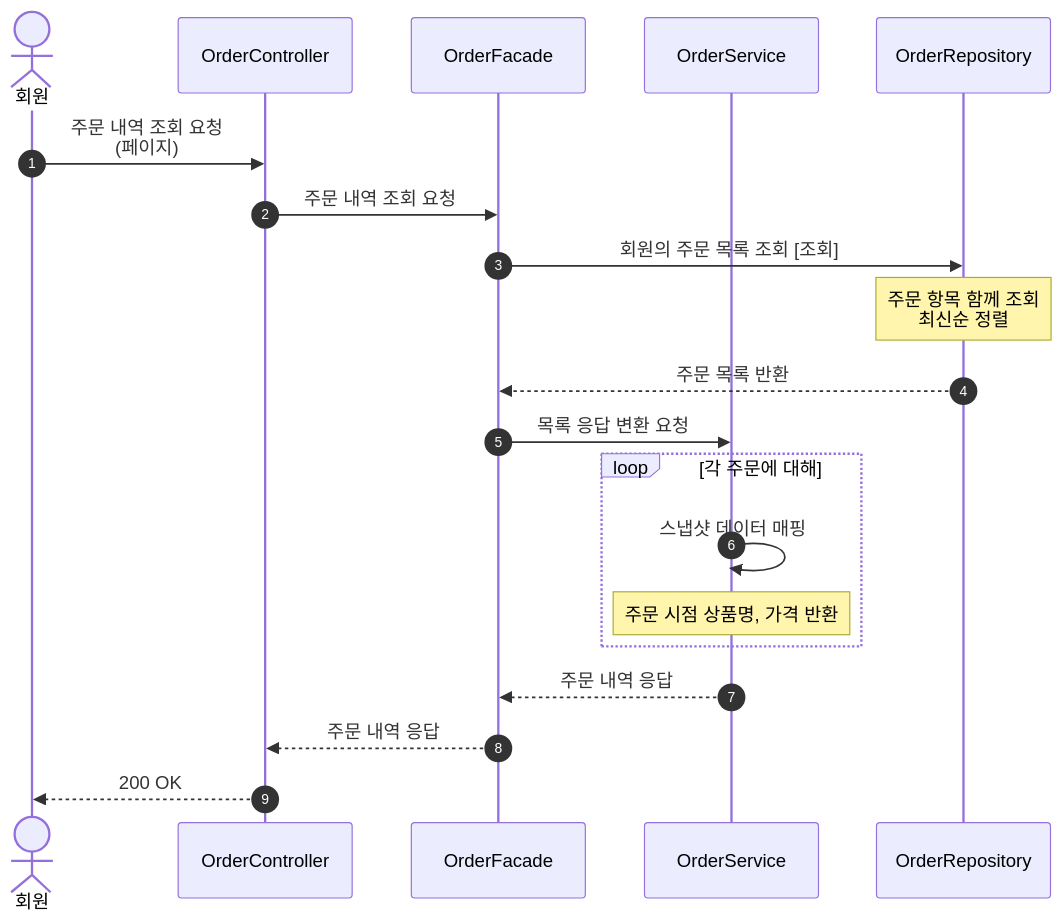
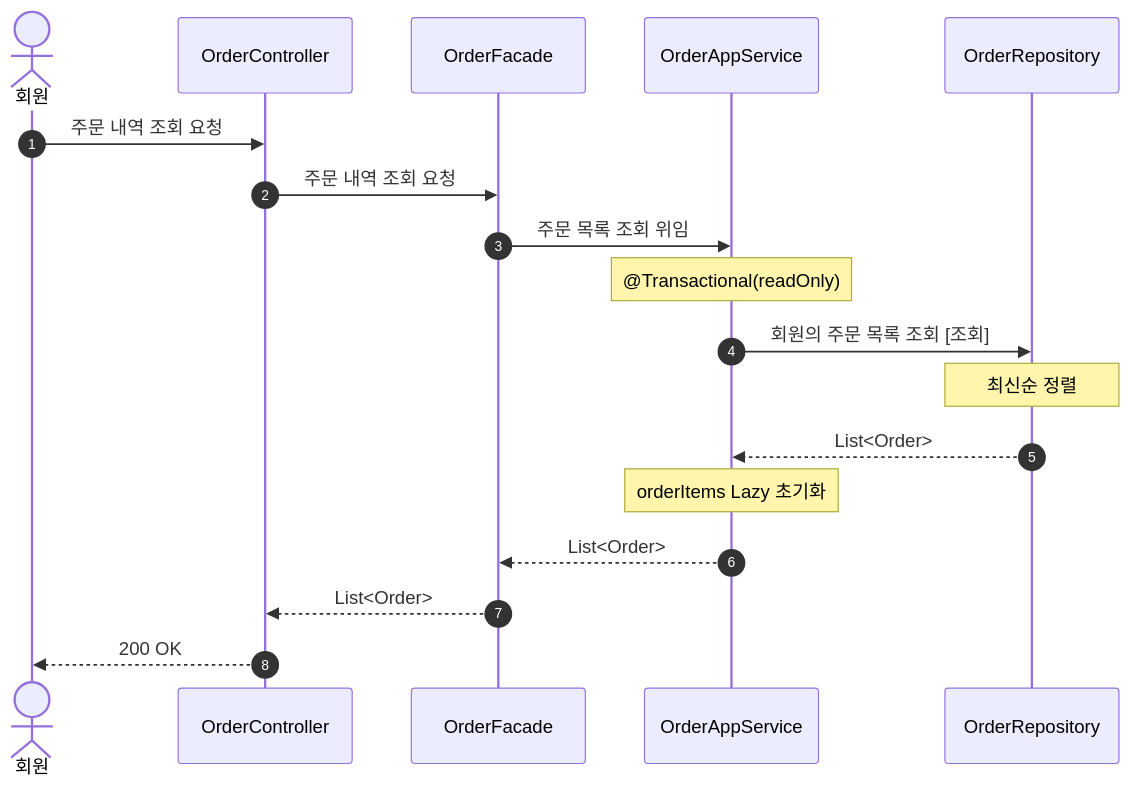
The seventh of 14 diagrams in docs/design/02-sequence-diagrams.md (Loopers-dev-lab/loop-pack-be-l2-vol3-java), drawn with Mermaid before and after one commit. The commit also changed other lines of this file and 2 other files, not shown here.

````diff
--- a/docs/design/02-sequence-diagrams.md
+++ b/docs/design/02-sequence-diagrams.md
@@ -416,28 +411,25 @@
 ```mermaid
 sequenceDiagram
     autonumber
     actor 회원
     participant Controller as OrderController
     participant Facade as OrderFacade
-    participant Service as OrderService
+    participant AppService as OrderAppService
     participant Repository as OrderRepository
 
-    회원->>Controller: 주문 내역 조회 요청<br/>(페이지)
+    회원->>Controller: 주문 내역 조회 요청
     Controller->>Facade: 주문 내역 조회 요청
+    Facade->>AppService: 주문 목록 조회 위임
 
-    %% 1. 주문 목록 조회
-    Facade->>Repository: 회원의 주문 목록 조회 [조회]
-    Note over Repository: 주문 항목 함께 조회<br/>최신순 정렬
-    Repository-->>Facade: 주문 목록 반환
+    Note over AppService: @Transactional(readOnly)
 
-    %% 2. 응답 변환
-    Facade->>Service: 목록 응답 변환 요청
-    loop 각 주문에 대해
-        Service->>Service: 스냅샷 데이터 매핑
-        Note over Service: 주문 시점 상품명, 가격 반환
-    end
-    Service-->>Facade: 주문 내역 응답
+    AppService->>Repository: 회원의 주문 목록 조회 [조회]
+    Note over Repository: 최신순 정렬
+    Repository-->>AppService: List<Order>
 
-    Facade-->>Controller: 주문 내역 응답
+    Note over AppService: orderItems Lazy 초기화
+
+    AppService-->>Facade: List<Order>
+    Facade-->>Controller: List<Order>
     Controller-->>회원: 200 OK
 ```
````
